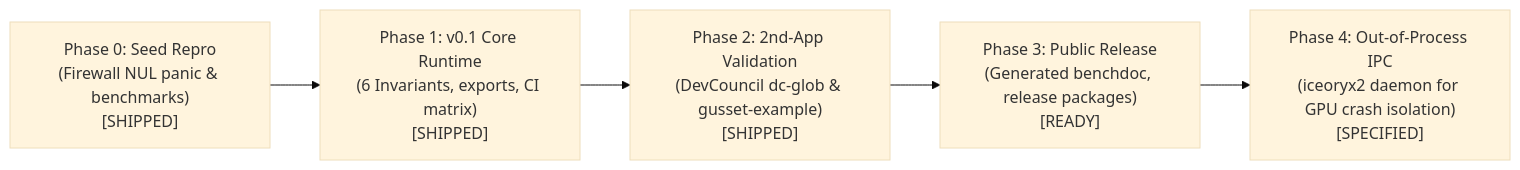
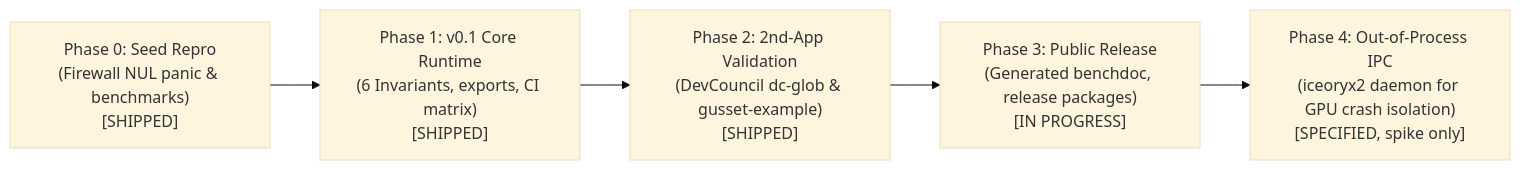
The third of 3 diagrams in docs/PLAN.md (bharathvbcr/gusset), drawn with Mermaid (base theme) before and after one commit. The commit also changed other lines of this file and 5 other files, not shown here.

````diff
--- a/docs/PLAN.md
+++ b/docs/PLAN.md
@@ -97,7 +97,7 @@
 ```mermaid
 flowchart LR
     P0["Phase 0: Seed Repro\n(Firewall NUL panic & benchmarks)\n[SHIPPED]"] --> P1["Phase 1: v0.1 Core Runtime\n(6 Invariants, exports, CI matrix)\n[SHIPPED]"]
     P1 --> P2["Phase 2: 2nd-App Validation\n(DevCouncil dc-glob & gusset-example)\n[SHIPPED]"]
-    P2 --> P3["Phase 3: Public Release\n(Generated benchdoc, release packages)\n[READY]"]
-    P3 --> P4["Phase 4: Out-of-Process IPC\n(iceoryx2 daemon for GPU crash isolation)\n[SPECIFIED]"]
+    P2 --> P3["Phase 3: Public Release\n(Generated benchdoc, release packages)\n[IN PROGRESS]"]
+    P3 --> P4["Phase 4: Out-of-Process IPC\n(iceoryx2 daemon for GPU crash isolation)\n[SPECIFIED, spike only]"]
 ```
````
